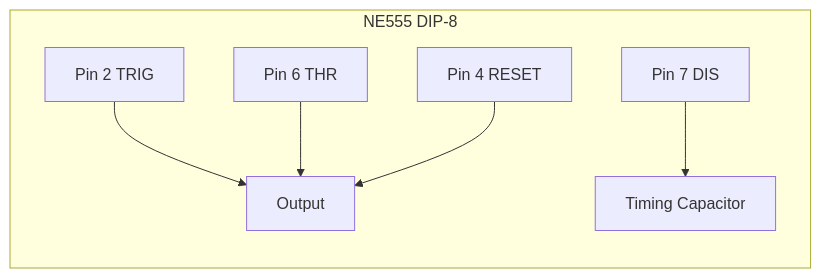
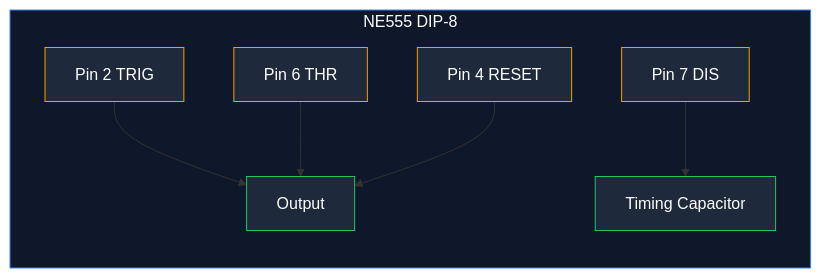
The second of 8 diagrams in src/content/blog/en/555-timer-circuit.md (fakhir00/circuit-diagram-maker), drawn with Mermaid before and after one commit. The commit also changed other lines of this file, not shown here.

````diff
--- a/src/content/blog/en/555-timer-circuit.md
+++ b/src/content/blog/en/555-timer-circuit.md
@@ -50,10 +59,17 @@
 ```mermaid
 flowchart LR
     subgraph IC[NE555 DIP-8]
         direction TB
         P2["Pin 2 TRIG"] --> O["Output"]
         P6["Pin 6 THR"] --> O
         P4["Pin 4 RESET"] --> O
         P7["Pin 7 DIS"] --> C["Timing Capacitor"]
     end
+    style IC fill:#0f172a,stroke:#3b82f6,color:#fff
+    style P2 fill:#1e293b,stroke:#f59e0b,color:#fff
+    style P6 fill:#1e293b,stroke:#f59e0b,color:#fff
+    style P4 fill:#1e293b,stroke:#f59e0b,color:#fff
+    style P7 fill:#1e293b,stroke:#f59e0b,color:#fff
+    style O fill:#1e293b,stroke:#22c55e,color:#fff
+    style C fill:#1e293b,stroke:#22c55e,color:#fff
 ```
````
